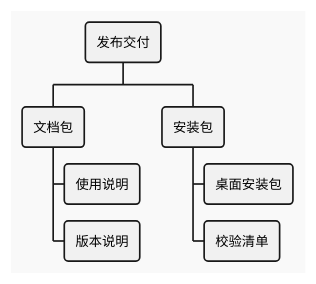
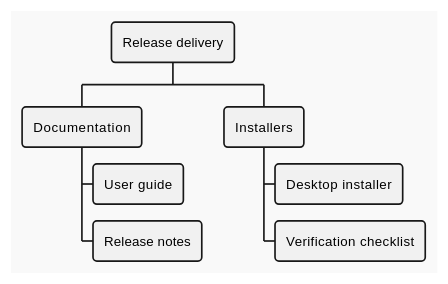
The second of 2 diagrams in skills/fuxian-diagram/references/plantuml/mindmap-wbs.md (def-peter/fuxian), drawn with PlantUML before and after one commit. The commit also changed other lines of this file and 43 other files, not shown here.

Commit message:
feat(skills): internationalize diagram guides and expand type selection

````diff
--- a/skills/fuxian-diagram/references/plantuml/mindmap-wbs.md
+++ b/skills/fuxian-diagram/references/plantuml/mindmap-wbs.md
@@ -25,12 +25,12 @@
 ```plantuml
 @startwbs
 !theme mars
-* 发布交付
-** 文档包
-*** 使用说明
-*** 版本说明
-** 安装包
-*** 桌面安装包
-*** 校验清单
+* Release delivery
+** Documentation
+*** User guide
+*** Release notes
+** Installers
+*** Desktop installer
+*** Verification checklist
 @endwbs
 ```
````
